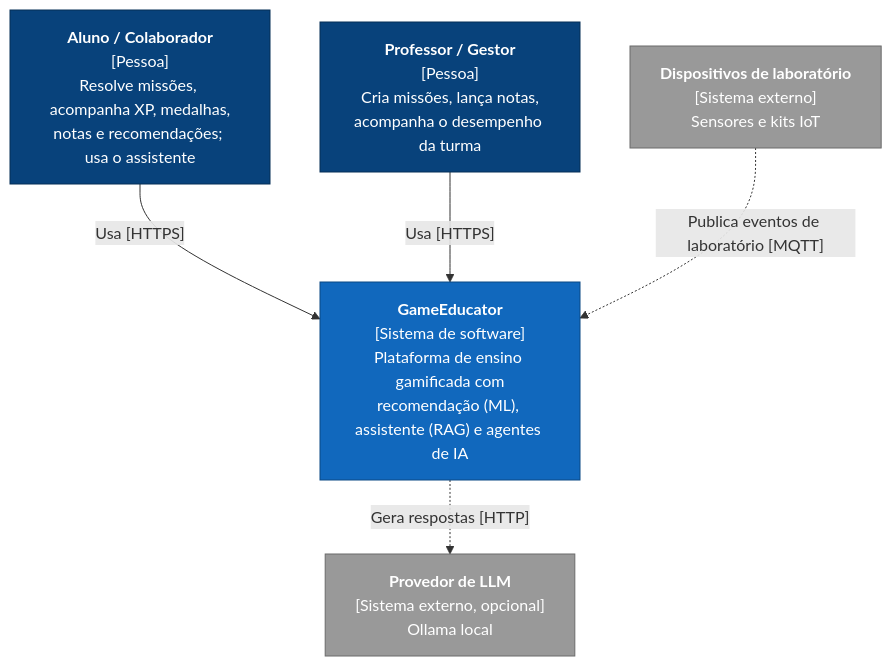
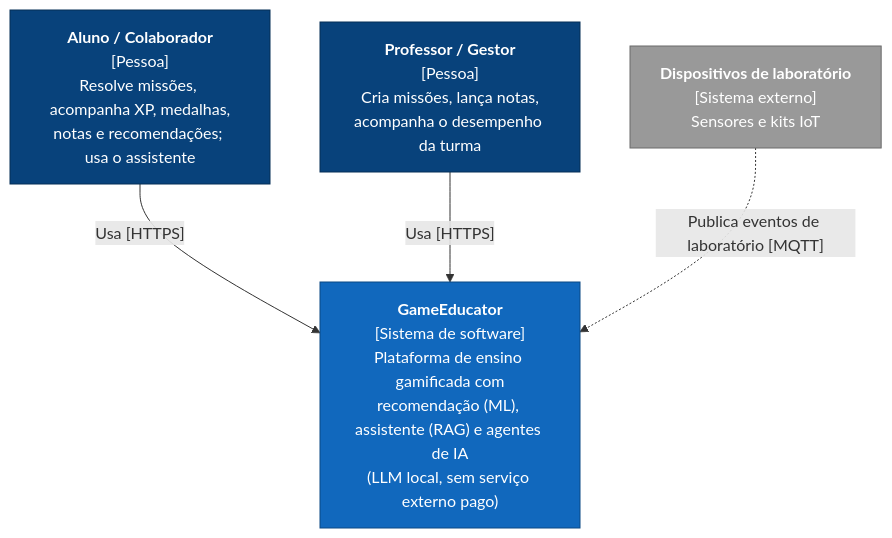
One commit to IHPNULL/gameeducator-backend changed the first of 8 diagrams in README.md. Above: the diagram before and after it, drawn with Mermaid. The commit also changed other lines of this file and 31 other files, not shown here.

First line of the commit message:
feat(rf04): agentes de IA com Spring AI e autorizacao do usuario

````diff
--- a/README.md
+++ b/README.md
@@ -44,17 +44,15 @@
 ```mermaid
 flowchart TB
     aluno["<b>Aluno / Colaborador</b><br/>[Pessoa]<br/>Resolve missões, acompanha XP, medalhas,<br/>notas e recomendações; usa o assistente"]:::pessoa
     prof["<b>Professor / Gestor</b><br/>[Pessoa]<br/>Cria missões, lança notas,<br/>acompanha o desempenho da turma"]:::pessoa
-    ge["<b>GameEducator</b><br/>[Sistema de software]<br/>Plataforma de ensino gamificada com<br/>recomendação (ML), assistente (RAG) e agentes de IA"]:::sistema
+    ge["<b>GameEducator</b><br/>[Sistema de software]<br/>Plataforma de ensino gamificada com<br/>recomendação (ML), assistente (RAG) e agentes de IA<br/>(LLM local, sem serviço externo pago)"]:::sistema
     dev["<b>Dispositivos de laboratório</b><br/>[Sistema externo]<br/>Sensores e kits IoT"]:::externo
-    llm["<b>Provedor de LLM</b><br/>[Sistema externo, opcional]<br/>Ollama local"]:::externo
 
     aluno -->|"Usa [HTTPS]"| ge
     prof -->|"Usa [HTTPS]"| ge
     dev -.->|"Publica eventos de laboratório [MQTT]"| ge
-    ge -.->|"Gera respostas [HTTP]"| llm
 
     classDef pessoa fill:#08427b,stroke:#052e56,color:#fff
     classDef sistema fill:#1168bd,stroke:#0b4884,color:#fff
     classDef externo fill:#999999,stroke:#6b6b6b,color:#fff
 ```
````
